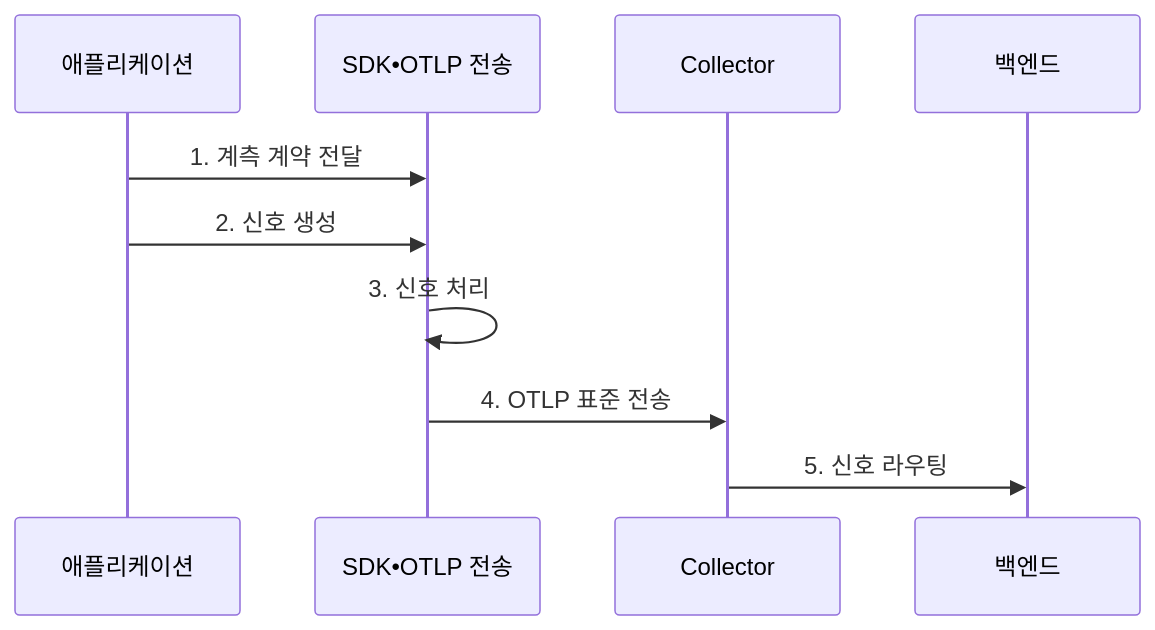
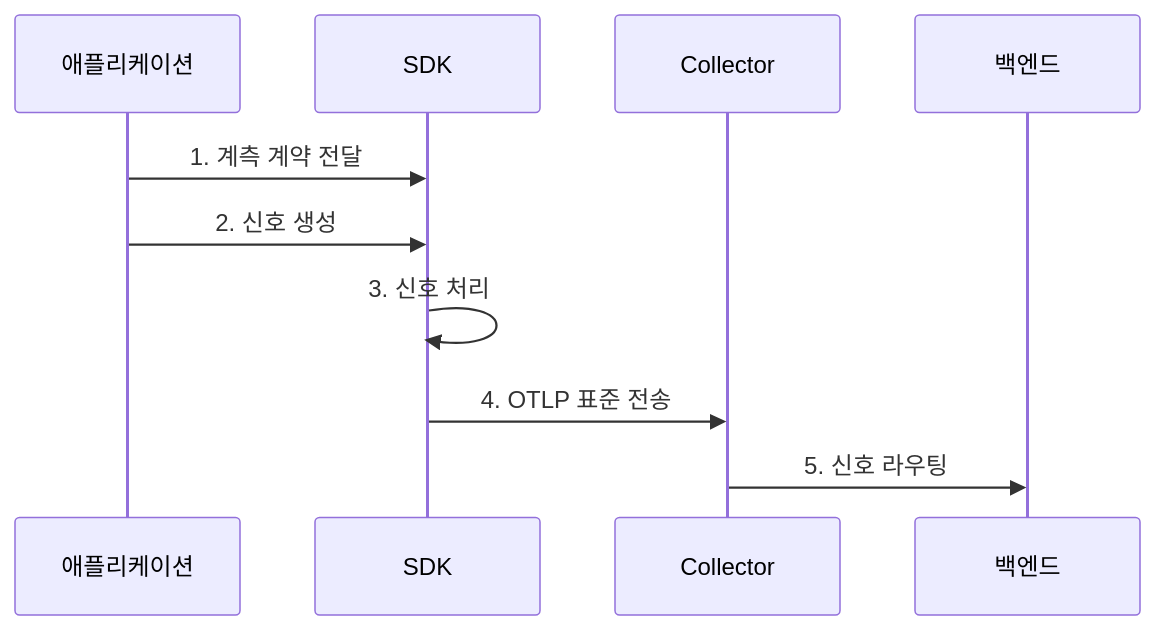
One commit to agnusdei1207/knowledge-base changed the second of 2 diagrams in src/content/docs/notes/08-latest-tech/170_opentelemetry.md. Above: the diagram before and after it, drawn with Mermaid. The commit also changed other lines of this file and 20 other files, not shown here.

````diff
--- a/src/content/docs/notes/08-latest-tech/170_opentelemetry.md
+++ b/src/content/docs/notes/08-latest-tech/170_opentelemetry.md
@@ -105,12 +112,12 @@
 ```mermaid
 sequenceDiagram
   participant A as 애플리케이션
-    participant S as SDK•OTLP 전송
+    participant S as SDK
   participant C as Collector
   participant B as 백엔드
   A->>S: 1. 계측 계약 전달
   A->>S: 2. 신호 생성
     S->>S: 3. 신호 처리
     S->>C: 4. OTLP 표준 전송
   C->>B: 5. 신호 라우팅
 ```
````
